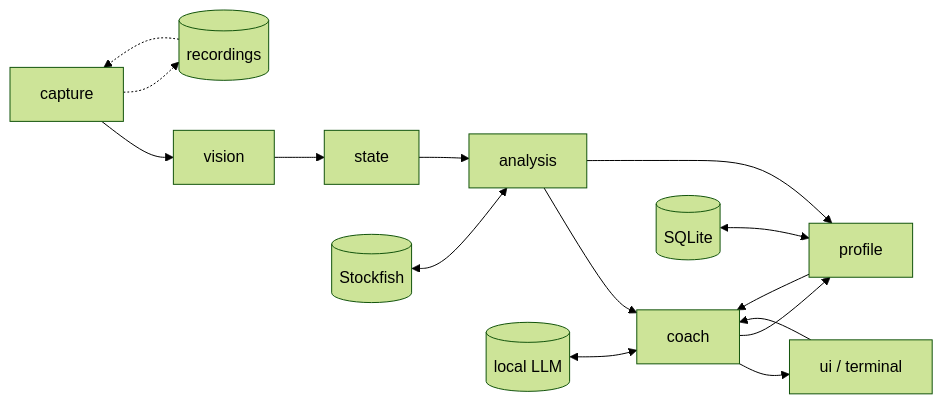
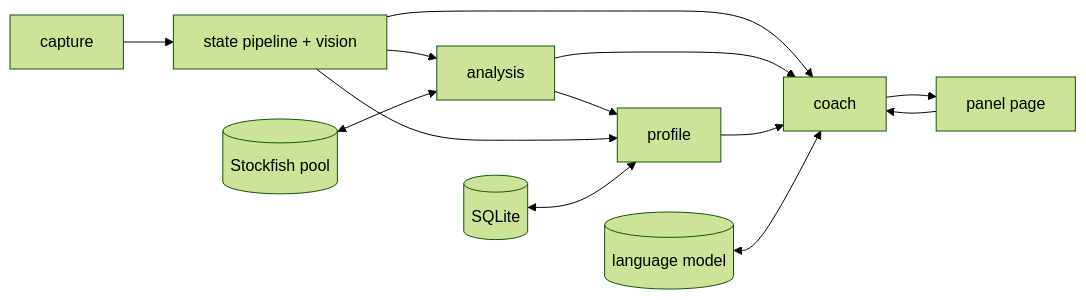
The diagram in DESIGN.md (ductai199x/sidecoach), drawn with Mermaid (forest theme) before and after one commit. The commit also changed other lines of this file and 65 other files, not shown here.

````diff
--- a/DESIGN.md
+++ b/DESIGN.md
@@ -39,17 +82,15 @@
 ```mermaid
 flowchart LR
-  CAP[capture] --> VIS[vision]
-  VIS --> STA[state]
-  STA --> ANA[analysis]
-  ANA --> COA[coach]
-  COA --> UI[ui / terminal]
+  CAP[capture] --> PIPE[state pipeline + vision]
+  PIPE --> ANA[analysis]
+  PIPE --> COA[coach]
+  ANA --> COA
+  COA --> UI[panel page]
   UI --> COA
-  COA --> PRO[profile]
+  ANA --> PRO[profile]
+  PIPE --> PRO
   PRO --> COA
-  ANA --> PRO
-  REC[(recordings)] -.-> CAP
-  CAP -.-> REC
-  LLM[(local LLM)] <--> COA
-  SF[(Stockfish)] <--> ANA
+  LLM[(language model)] <--> COA
+  SF[(Stockfish pool)] <--> ANA
   DB[(SQLite)] <--> PRO
 ```
````
